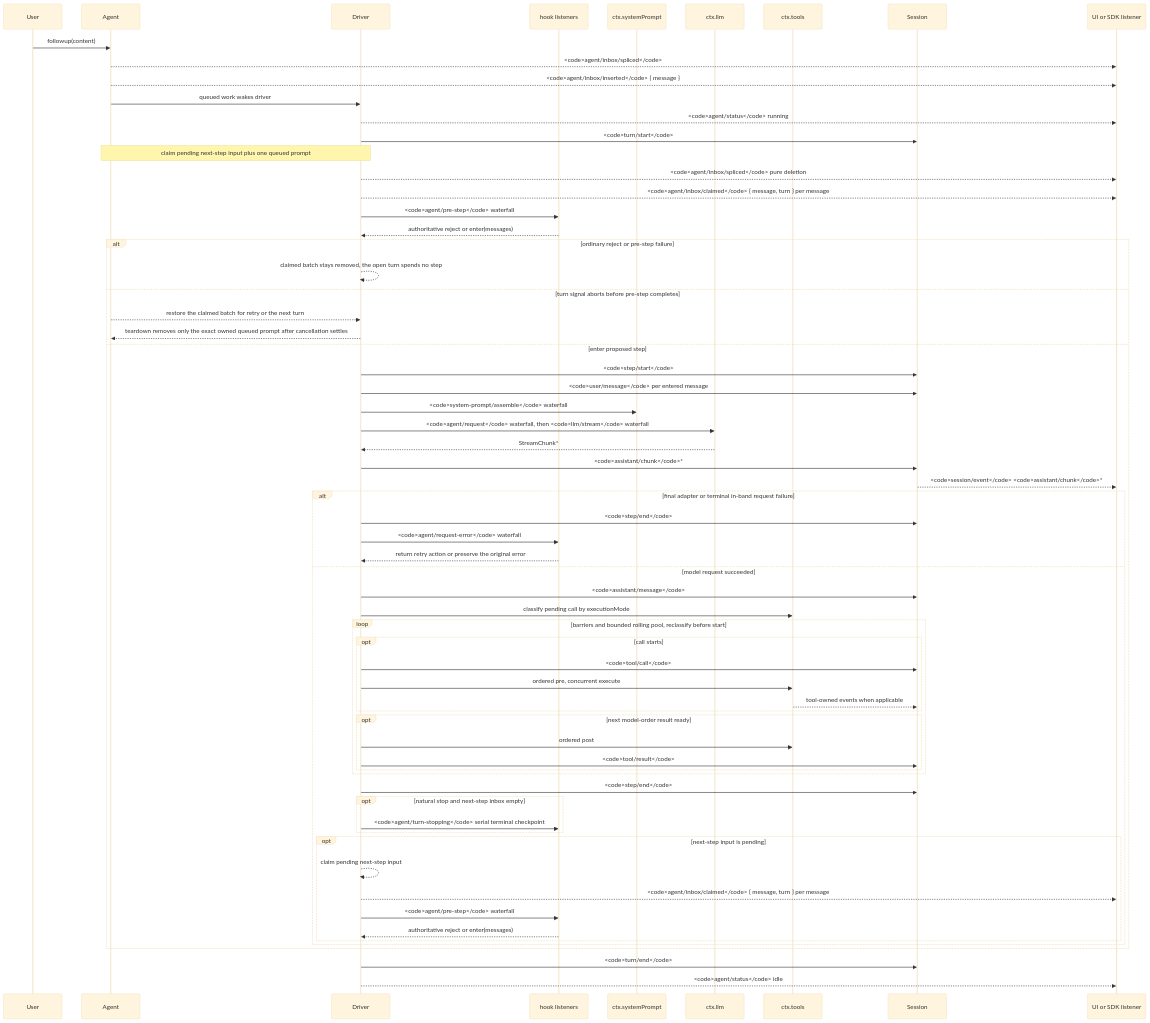
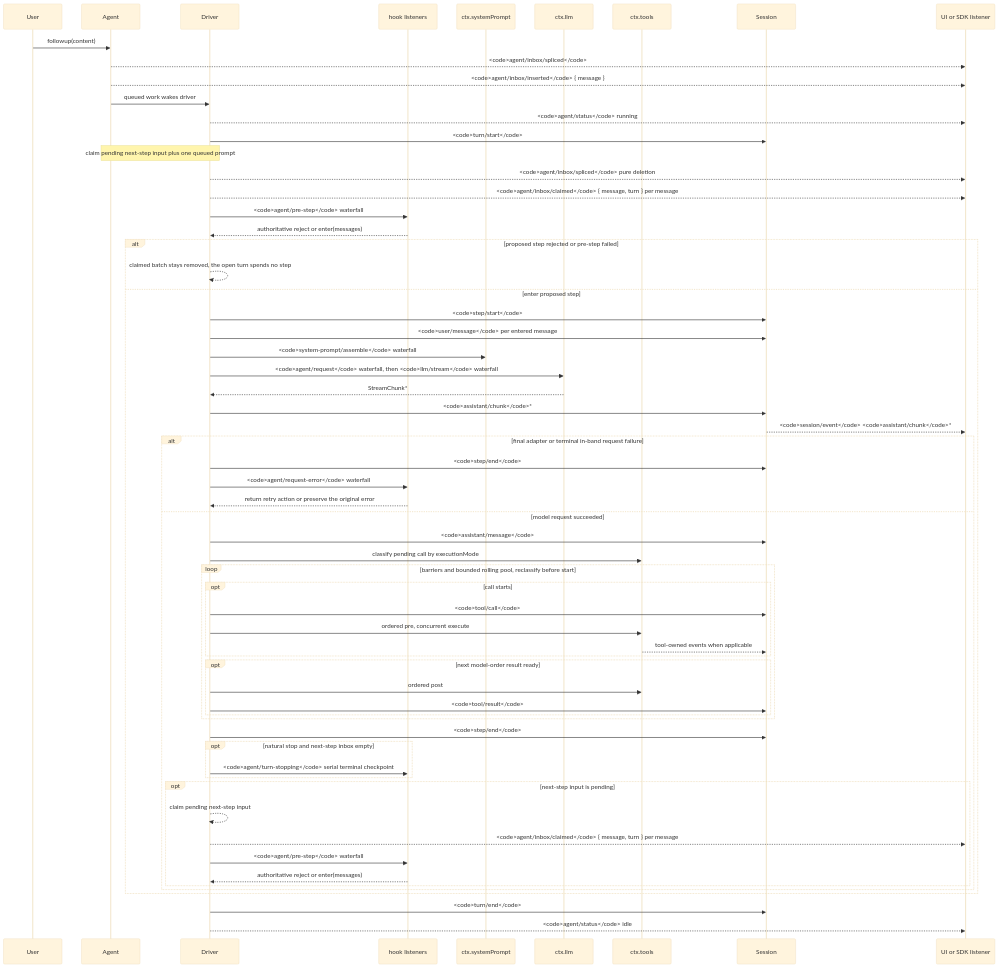
One commit to Abaddollyon/deepseek-harness changed the diagram in docs/agent-lifecycle.md. Above: the diagram before and after it, drawn with Mermaid (base theme). The commit also changed 9 other files, not shown here.

````diff
--- a/docs/agent-lifecycle.md
+++ b/docs/agent-lifecycle.md
@@ -8,68 +8,65 @@
 ```mermaid
 sequenceDiagram
   participant User
   participant Agent
   participant Driver
   participant Hooks as hook listeners
   participant Prompt as ctx.systemPrompt
   participant LLM as ctx.llm
   participant Tools as ctx.tools
   participant Session
   participant SDK as UI or SDK listener
   User->>Agent: followup(content)
   Agent-->>SDK: <code>agent/inbox/spliced</code>
   Agent-->>SDK: <code>agent/inbox/inserted</code> { message }
   Agent->>Driver: queued work wakes driver
   Driver-->>SDK: <code>agent/status</code> running
   Driver->>Session: <code>turn/start</code>
   Note over Agent,Driver: claim pending next-step input plus one queued prompt
   Driver-->>SDK: <code>agent/inbox/spliced</code> pure deletion
   Driver-->>SDK: <code>agent/inbox/claimed</code> { message, turn } per message
   Driver->>Hooks: <code>agent/pre-step</code> waterfall
   Hooks-->>Driver: authoritative reject or enter(messages)
-  alt ordinary reject or pre-step failure
+  alt proposed step rejected or pre-step failed
     Driver-->>Driver: claimed batch stays removed, the open turn spends no step
-  else turn signal aborts before pre-step completes
-    Agent-->>Driver: restore the claimed batch for retry or the next turn
-    Driver-->>Agent: teardown removes only the exact owned queued prompt after cancellation settles
   else enter proposed step
   Driver->>Session: <code>step/start</code>
   Driver->>Session: <code>user/message</code> per entered message
   Driver->>Prompt: <code>system-prompt/assemble</code> waterfall
   Driver->>LLM: <code>agent/request</code> waterfall, then <code>llm/stream</code> waterfall
   LLM-->>Driver: StreamChunk*
   Driver->>Session: <code>assistant/chunk</code>*
   Session-->>SDK: <code>session/event</code> <code>assistant/chunk</code>*
   alt final adapter or terminal in-band request failure
     Driver->>Session: <code>step/end</code>
     Driver->>Hooks: <code>agent/request-error</code> waterfall
     Hooks-->>Driver: return retry action or preserve the original error
   else model request succeeded
   Driver->>Session: <code>assistant/message</code>
   Driver->>Tools: classify pending call by executionMode
   loop barriers and bounded rolling pool, reclassify before start
     opt call starts
       Driver->>Session: <code>tool/call</code>
       Driver->>Tools: ordered pre, concurrent execute
       Tools-->>Session: tool-owned events when applicable
     end
     opt next model-order result ready
       Driver->>Tools: ordered post
       Driver->>Session: <code>tool/result</code>
     end
   end
   Driver->>Session: <code>step/end</code>
   opt natural stop and next-step inbox empty
     Driver->>Hooks: <code>agent/turn-stopping</code> serial terminal checkpoint
   end
   opt next-step input is pending
     Driver-->>Driver: claim pending next-step input
     Driver-->>SDK: <code>agent/inbox/claimed</code> { message, turn } per message
     Driver->>Hooks: <code>agent/pre-step</code> waterfall
     Hooks-->>Driver: authoritative reject or enter(messages)
   end
   end
   end
   Driver->>Session: <code>turn/end</code>
   Driver-->>SDK: <code>agent/status</code> idle
 ```
````
